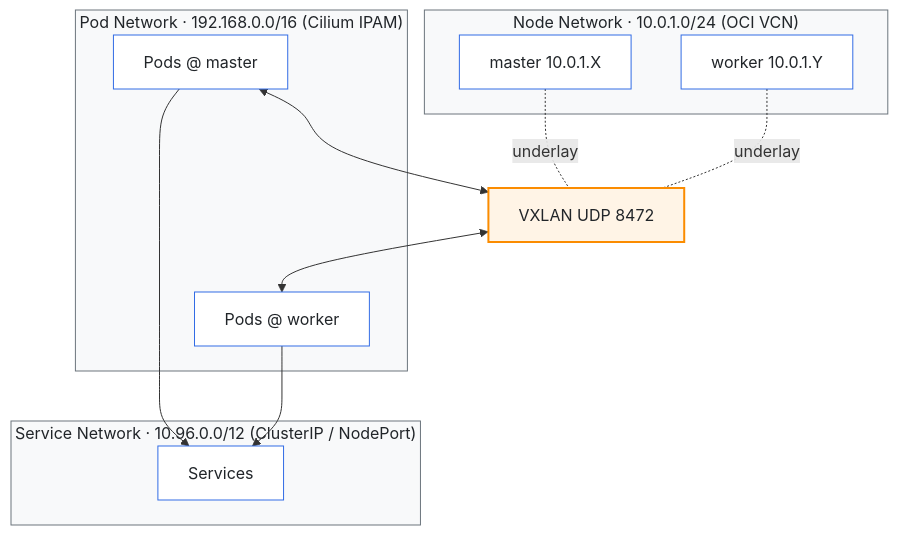
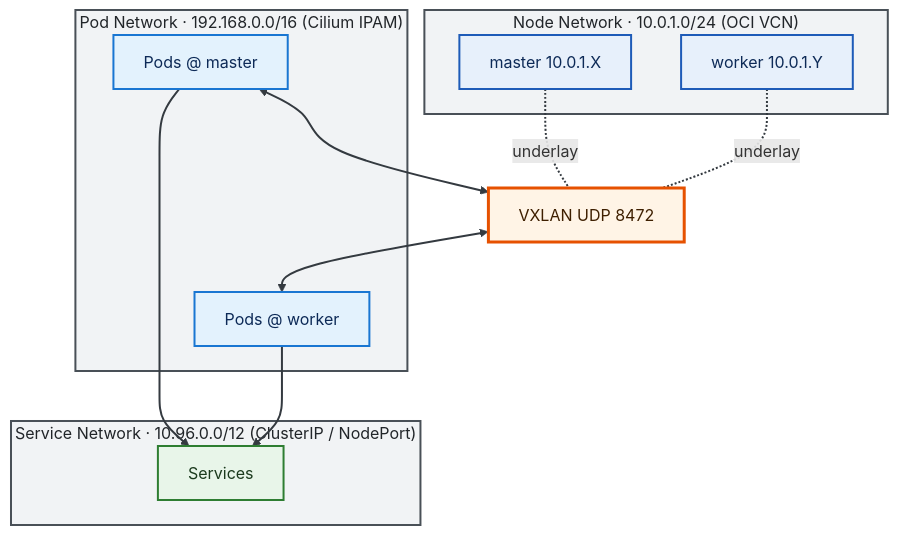
The second of 4 diagrams in README.md (TaekyuKo/oci-k8s-production), drawn with Mermaid before and after one commit. The commit also changed other lines of this file, not shown here.

Commit message:
Update Mermaid diagram styles in README.md

````diff
--- a/README.md
+++ b/README.md
@@ -92,30 +92,35 @@
 ```mermaid
 flowchart TB
-    classDef layer fill:#F8F9FA,stroke:#6C757D,stroke-width:1px,color:#212529
-    classDef item  fill:#FFFFFF,stroke:#326CE5,stroke-width:1px,color:#212529
-    classDef tun   fill:#FFF4E6,stroke:#FB8C00,stroke-width:2px,color:#212529
+    classDef layer fill:#F1F3F5,stroke:#495057,stroke-width:2px,color:#212529
+    classDef node  fill:#E7F0FB,stroke:#1E5BB8,stroke-width:2px,color:#0D2A57
+    classDef pod   fill:#E3F2FD,stroke:#1976D2,stroke-width:2px,color:#0D2A57
+    classDef svc   fill:#E8F5E9,stroke:#2E7D32,stroke-width:2px,color:#1B3A1D
+    classDef tun   fill:#FFF4E6,stroke:#E65100,stroke-width:3px,color:#3E1F00
 
     subgraph L1["Node Network · 10.0.1.0/24  (OCI VCN)"]
-        NM[master  10.0.1.X]:::item
-        NW[worker  10.0.1.Y]:::item
+        NM[master  10.0.1.X]:::node
+        NW[worker  10.0.1.Y]:::node
     end
 
     subgraph L2["Pod Network · 192.168.0.0/16  (Cilium IPAM)"]
-        PM[Pods @ master]:::item
-        PW[Pods @ worker]:::item
+        PM[Pods @ master]:::pod
+        PW[Pods @ worker]:::pod
     end
 
     subgraph L3["Service Network · 10.96.0.0/12  (ClusterIP / NodePort)"]
-        SVC[Services]:::item
+        SVC[Services]:::svc
     end
 
     TUN[VXLAN  UDP 8472]:::tun
 
-    PM <--> TUN <--> PW
+    PM <--> TUN
+    TUN <--> PW
     NM -. underlay .- TUN
     NW -. underlay .- TUN
     PM --> SVC
     PW --> SVC
 
     class L1,L2,L3 layer
+
+    linkStyle default stroke:#343A40,stroke-width:2px
 ```
````
